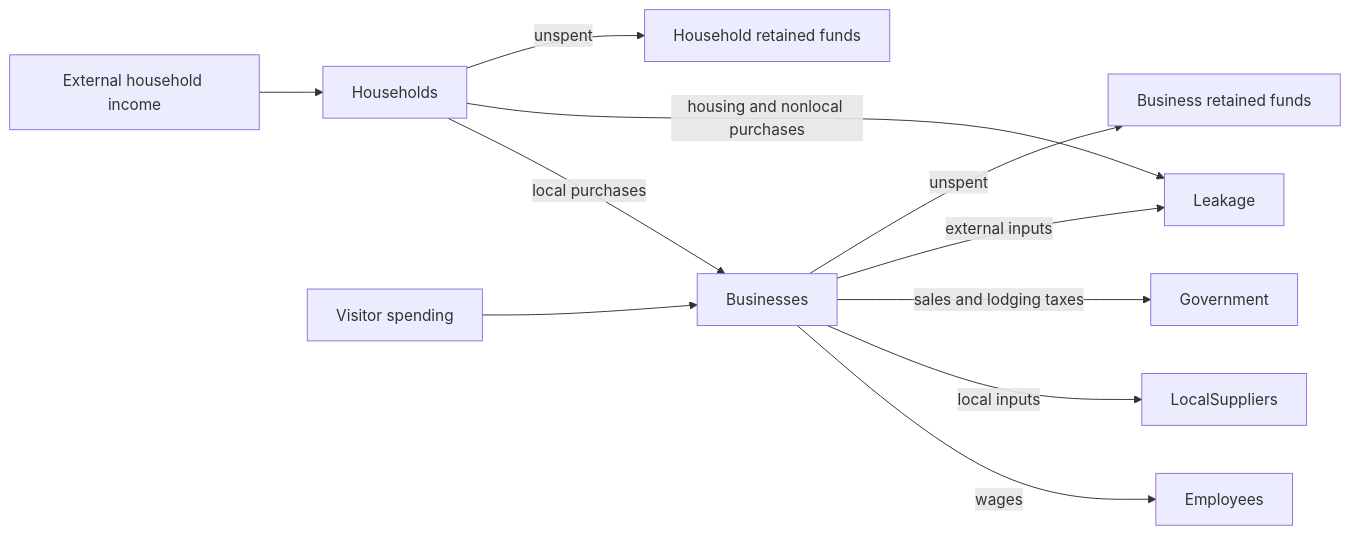
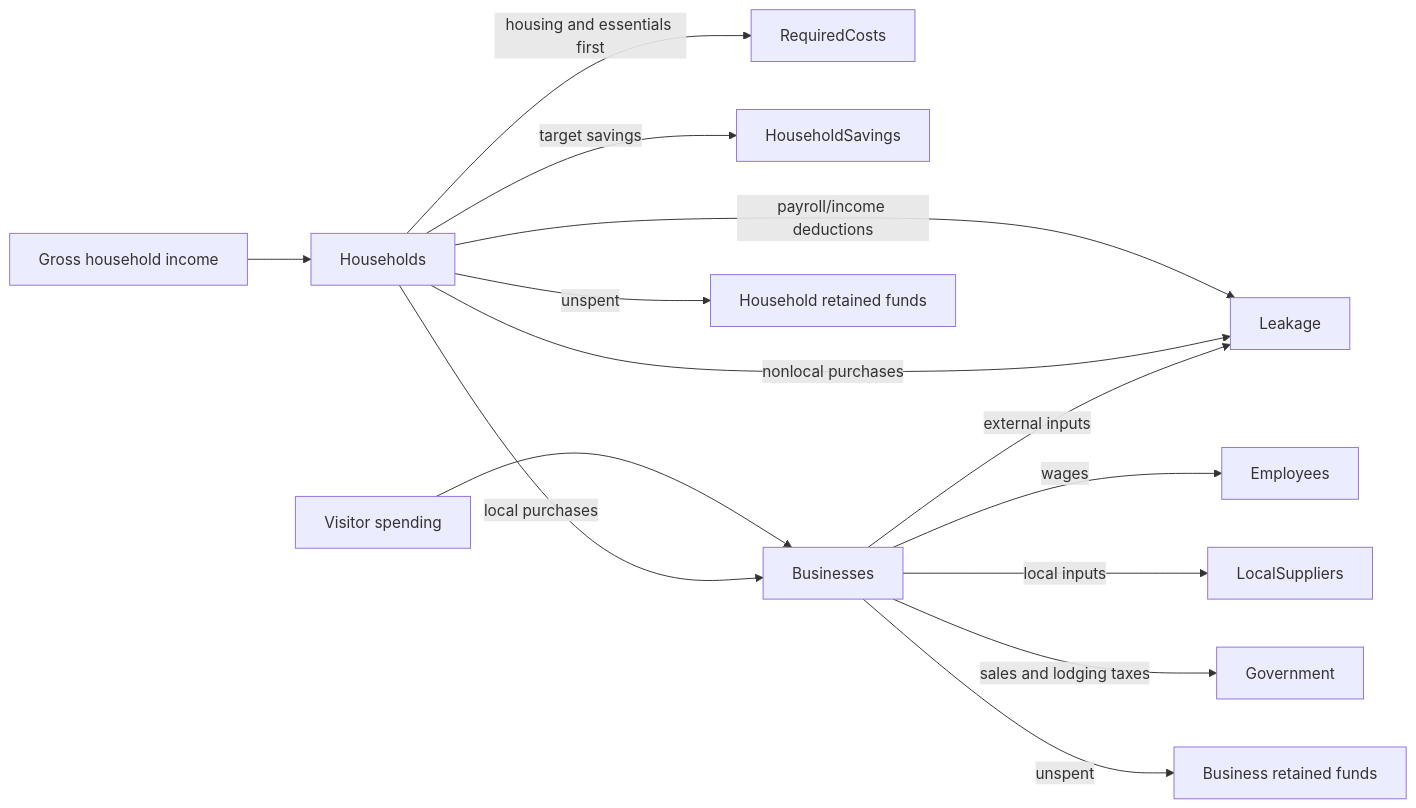
Before and after one commit to Garcia-Systems/regional-economy-lab: the diagram in docs/diagrams/money-flow.mmd, drawn with Mermaid. The commit also changed 33 other files, not shown here.

```diff
--- a/docs/diagrams/money-flow.mmd
+++ b/docs/diagrams/money-flow.mmd
@@ -1,11 +1,14 @@
 flowchart LR
-  Outside[External household income] --> Households
+  Outside[Gross household income] --> Households
+  Households -->|payroll/income deductions| Leakage
+  Households -->|housing and essentials first| RequiredCosts
+  Households -->|target savings| HouseholdSavings
   Visitors[Visitor spending] --> Businesses
   Households -->|local purchases| Businesses
-  Households -->|housing and nonlocal purchases| Leakage
+  Households -->|nonlocal purchases| Leakage
   Households -->|unspent| HouseholdRetention[Household retained funds]
   Businesses -->|wages| Employees
   Businesses -->|local inputs| LocalSuppliers
   Businesses -->|sales and lodging taxes| Government
   Businesses -->|external inputs| Leakage
   Businesses -->|unspent| BusinessRetention[Business retained funds]
```
